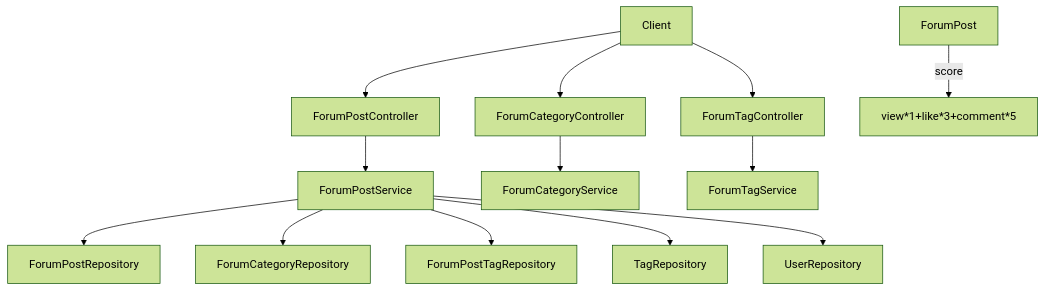
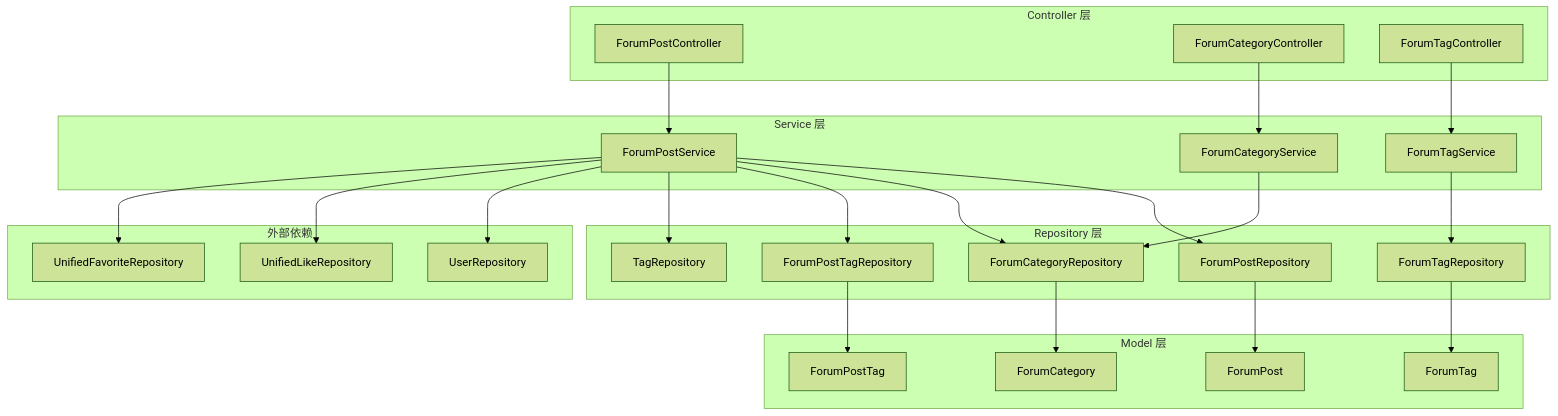
Before and after one commit to mambo-wang/CodingHub: the first of 2 diagrams in repowiki/forum.md, drawn with Mermaid (forest theme). The commit also changed other lines of this file and 34 other files, not shown here.

````diff
--- a/repowiki/forum.md
+++ b/repowiki/forum.md
@@ -13,15 +31,52 @@
 ```mermaid
 graph TD
-    Client --> PostC[ForumPostController]
-    Client --> CatC[ForumCategoryController]
-    Client --> TagC[ForumTagController]
-    PostC --> PostSvc[ForumPostService]
-    CatC --> CatSvc[ForumCategoryService]
-    TagC --> TagSvc[ForumTagService]
-    PostSvc --> PostRepo[ForumPostRepository]
-    PostSvc --> CatRepo[ForumCategoryRepository]
-    PostSvc --> PostTagRepo[ForumPostTagRepository]
-    PostSvc --> TagRepo[TagRepository]
-    PostSvc --> UserRepo[UserRepository]
-    ForumPost -->|score| ScoreCalc[view*1+like*3+comment*5]
+    subgraph Controller["Controller 层"]
+        A1[ForumPostController]
+        A2[ForumCategoryController]
+        A3[ForumTagController]
+    end
+
+    subgraph Service["Service 层"]
+        B1[ForumPostService]
+        B2[ForumCategoryService]
+        B3[ForumTagService]
+    end
+
+    subgraph Repository["Repository 层"]
+        C1[ForumPostRepository]
+        C2[ForumCategoryRepository]
+        C3[ForumPostTagRepository]
+        C4[ForumTagRepository]
+        C5[TagRepository]
+    end
+
+    subgraph Model["Model 层"]
+        D1[ForumPost]
+        D2[ForumCategory]
+        D3[ForumTag]
+        D4[ForumPostTag]
+    end
+
+    subgraph External["外部依赖"]
+        E1[UserRepository]
+        E2[UnifiedLikeRepository]
+        E3[UnifiedFavoriteRepository]
+    end
+
+    A1 --> B1
+    A2 --> B2
+    A3 --> B3
+    B1 --> C1
+    B1 --> C2
+    B1 --> C3
+    B1 --> C5
+    B1 --> E1
+    B2 --> C2
+    B3 --> C4
+    B1 --> E2
+    B1 --> E3
+    C1 --> D1
+    C2 --> D2
+    C3 --> D4
+    C4 --> D3
 ```
````
